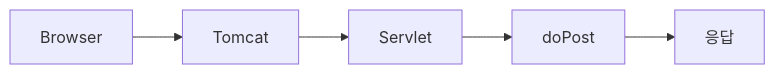
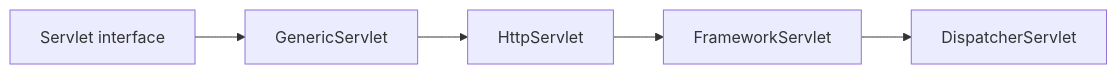
One commit to yjkim2015/yjkim2015.github.io changed the first of 12 diagrams in _posts/spring/2026-05-02-spring-mvc-deep.md. Above: the diagram before and after it, drawn with Mermaid. The commit also changed other lines of this file and 4 other files, not shown here.

````diff
--- a/_posts/spring/2026-05-02-spring-mvc-deep.md
+++ b/_posts/spring/2026-05-02-spring-mvc-deep.md
@@ -33,7 +28,7 @@
 ```mermaid
 graph LR
-    A[Browser] --> B[Tomcat]
-    B --> C[Servlet]
-    C --> D[doPost]
-    D --> E[응답]
+    A[Servlet interface] --> B[GenericServlet]
+    B --> C[HttpServlet]
+    C --> D[FrameworkServlet]
+    D --> E[DispatcherServlet]
 ```
````
